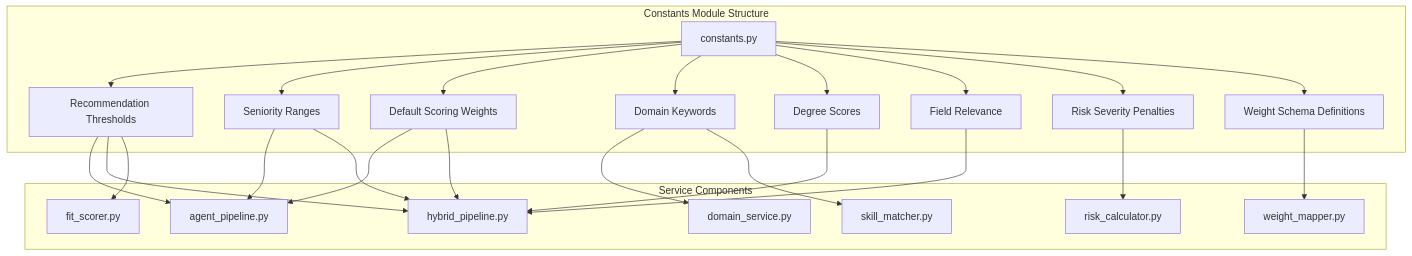
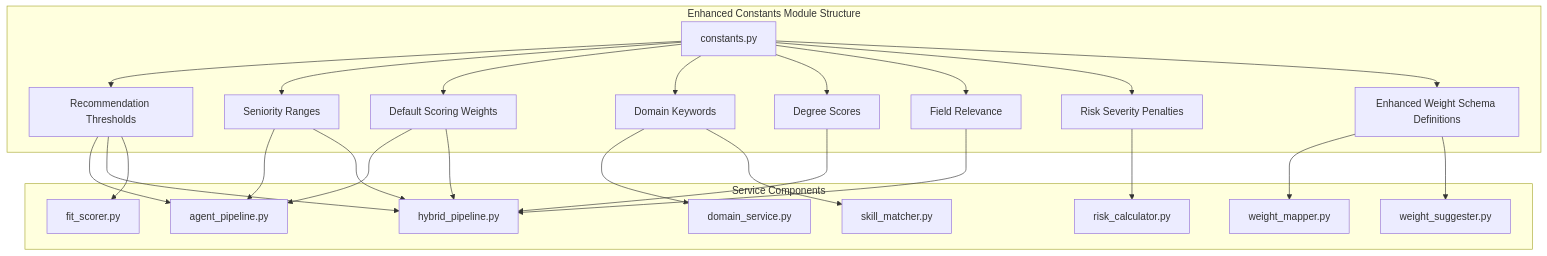
Before and after one commit to Revanththetalogics/aireume: the first of 6 diagrams in .qoder/repowiki/en/content/Analysis Engine/Centralized Constants Module.md, drawn with Mermaid. The commit also changed other lines of this file and 41 other files, not shown here.

````diff
--- a/.qoder/repowiki/en/content/Analysis Engine/Centralized Constants Module.md
+++ b/.qoder/repowiki/en/content/Analysis Engine/Centralized Constants Module.md
@@ -35,35 +44,37 @@
 ```mermaid
 graph TB
-subgraph "Constants Module Structure"
+subgraph "Enhanced Constants Module Structure"
 A[constants.py] --> B[Recommendation Thresholds]
 A --> C[Seniority Ranges]
 A --> D[Default Scoring Weights]
 A --> E[Domain Keywords]
 A --> F[Degree Scores]
 A --> G[Field Relevance]
 A --> H[Risk Severity Penalties]
-A --> I[Weight Schema Definitions]
+A --> I[Enhanced Weight Schema Definitions]
 end
 subgraph "Service Components"
 J[agent_pipeline.py]
 K[hybrid_pipeline.py]
 L[fit_scorer.py]
 M[risk_calculator.py]
 N[domain_service.py]
 O[weight_mapper.py]
 P[skill_matcher.py]
+Q[weight_suggester.py]
 end
 B --> J
 B --> K
 B --> L
 C --> J
 C --> K
 D --> J
 D --> K
 E --> N
 E --> P
 F --> K
 G --> K
 H --> M
 I --> O
+I --> Q
 ```
````
